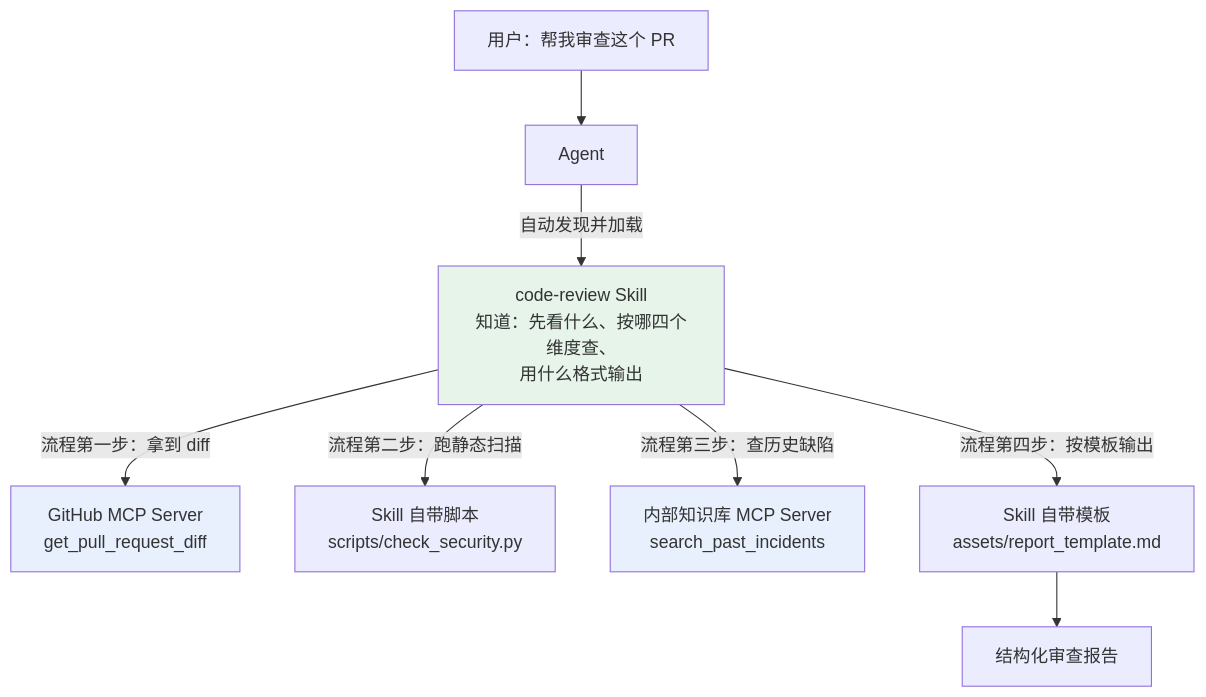
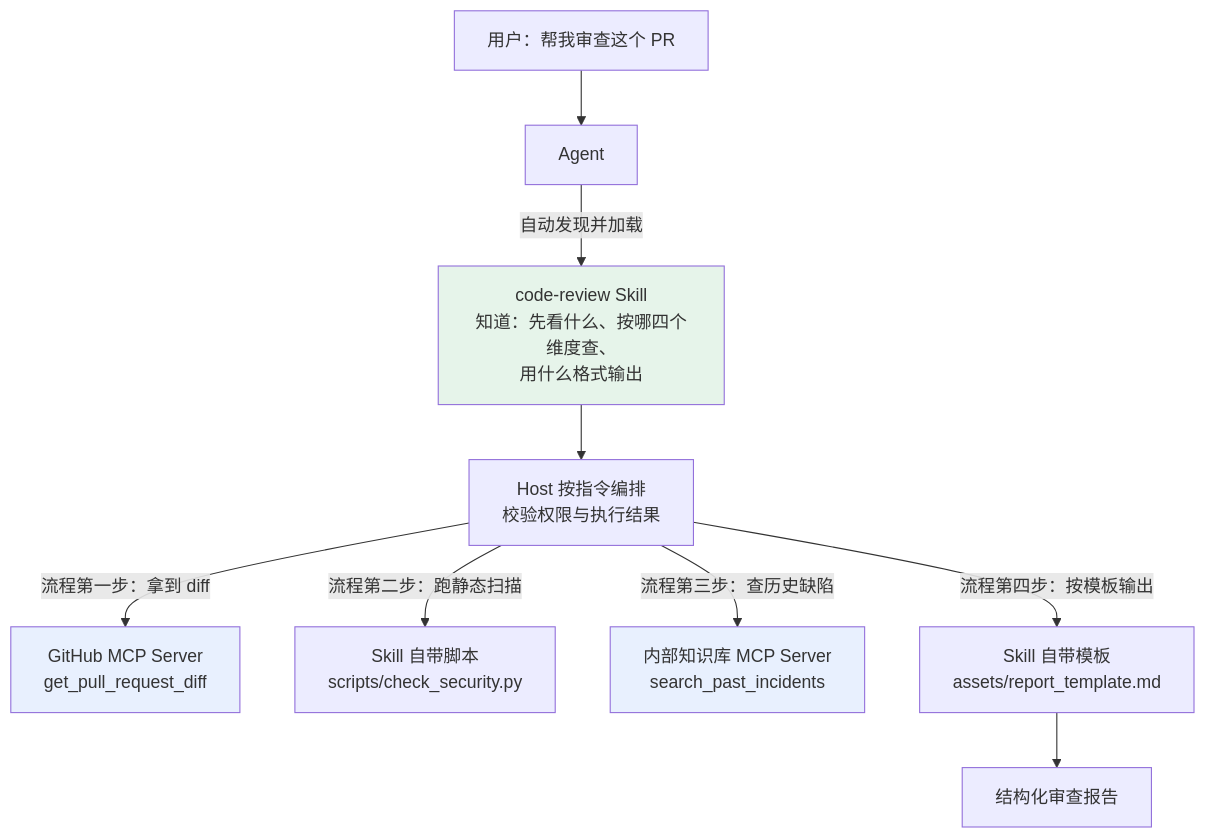
One commit to oneleaveknowsthefall/awesome-ai-roadmap changed the first of 4 diagrams in docs/tools/03-skills/09-skill-vs-mcp.md. Above: the diagram before and after it, drawn with Mermaid. The commit also changed other lines of this file and 50 other files, not shown here.

````diff
--- a/docs/tools/03-skills/09-skill-vs-mcp.md
+++ b/docs/tools/03-skills/09-skill-vs-mcp.md
@@ -22,17 +26,18 @@
 ```mermaid
 flowchart TB
     TASK["用户：帮我审查这个 PR"] --> AGENT[Agent]
 
     AGENT -->|"自动发现并加载"| SKILL["code-review Skill<br/>知道：先看什么、按哪四个维度查、<br/>用什么格式输出"]
 
-    SKILL -->|"流程第一步：拿到 diff"| M1["GitHub MCP Server<br/>get_pull_request_diff"]
-    SKILL -->|"流程第二步：跑静态扫描"| SC["Skill 自带脚本<br/>scripts/check_security.py"]
-    SKILL -->|"流程第三步：查历史缺陷"| M2["内部知识库 MCP Server<br/>search_past_incidents"]
-    SKILL -->|"流程第四步：按模板输出"| TPL["Skill 自带模板<br/>assets/report_template.md"]
+    SKILL --> H["Host 按指令编排<br/>校验权限与执行结果"]
+    H -->|"流程第一步：拿到 diff"| M1["GitHub MCP Server<br/>get_pull_request_diff"]
+    H -->|"流程第二步：跑静态扫描"| SC["Skill 自带脚本<br/>scripts/check_security.py"]
+    H -->|"流程第三步：查历史缺陷"| M2["内部知识库 MCP Server<br/>search_past_incidents"]
+    H -->|"流程第四步：按模板输出"| TPL["Skill 自带模板<br/>assets/report_template.md"]
 
     TPL --> OUT[结构化审查报告]
 
     style SKILL fill:#e6f4ea
     style M1 fill:#e8f0fe
     style M2 fill:#e8f0fe
 ```
````
